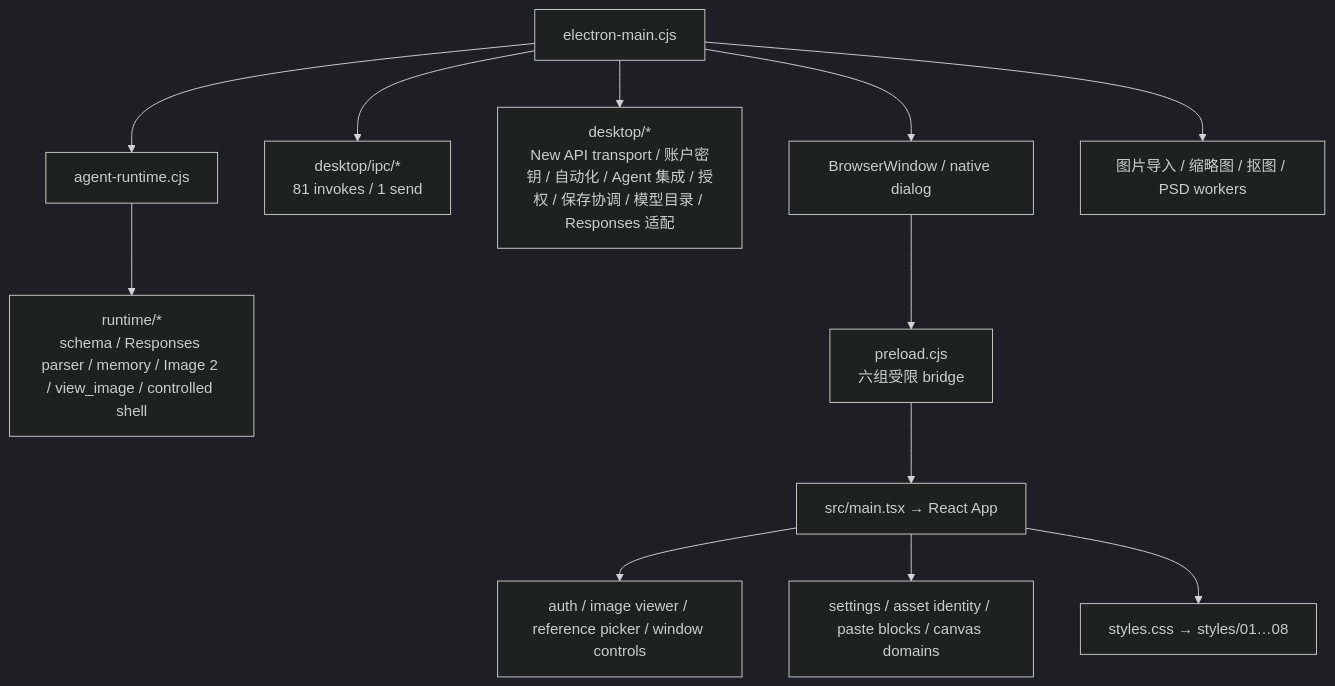
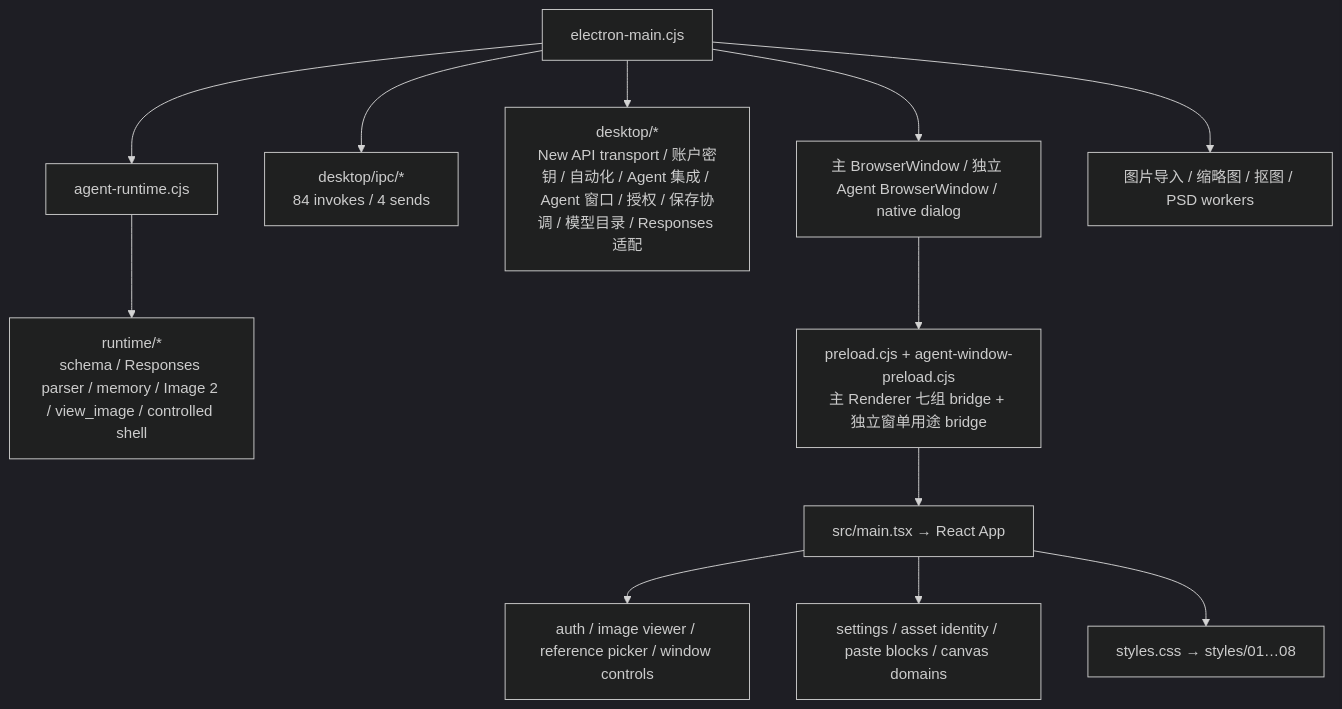
One commit to naMeaning/SparkAI-WorkSpace changed the second of 2 diagrams in WORKSPACE_CONTEXT_MAP.md. Above: the diagram before and after it, drawn with Mermaid (dark theme). The commit also changed other lines of this file and 20 other files, not shown here.

Commit message:
feat(agent): add independent desktop window

````diff
--- a/WORKSPACE_CONTEXT_MAP.md
+++ b/WORKSPACE_CONTEXT_MAP.md
@@ -49,14 +49,14 @@
 ```mermaid
 flowchart TD
-  Entry["electron-main.cjs"] --> Window["BrowserWindow / native dialog"]
-  Entry --> Ipc["desktop/ipc/*\n81 invokes / 1 send"]
-  Entry --> DesktopModules["desktop/*\nNew API transport / 账户密钥 / 自动化 / Agent 集成 / 授权 / 保存协调 / 模型目录 / Responses 适配"]
+  Entry["electron-main.cjs"] --> Window["主 BrowserWindow / 独立 Agent BrowserWindow / native dialog"]
+  Entry --> Ipc["desktop/ipc/*\n84 invokes / 4 sends"]
+  Entry --> DesktopModules["desktop/*\nNew API transport / 账户密钥 / 自动化 / Agent 集成 / Agent 窗口 / 授权 / 保存协调 / 模型目录 / Responses 适配"]
   Entry --> Runtime["agent-runtime.cjs"]
   Runtime --> RuntimeModules["runtime/*\nschema / Responses parser / memory / Image 2 / view_image / controlled shell"]
   Entry --> Workers["图片导入 / 缩略图 / 抠图 / PSD workers"]
-  Window --> Preload["preload.cjs\n六组受限 bridge"]
+  Window --> Preload["preload.cjs + agent-window-preload.cjs\n主 Renderer 七组 bridge + 独立窗单用途 bridge"]
   Preload --> Renderer["src/main.tsx → React App"]
   Renderer --> SurfaceModules["auth / image viewer / reference picker / window controls"]
   Renderer --> DomainModules["settings / asset identity / paste blocks / canvas domains"]
   Renderer --> Styles["styles.css → styles/01…08"]
 ```
````
